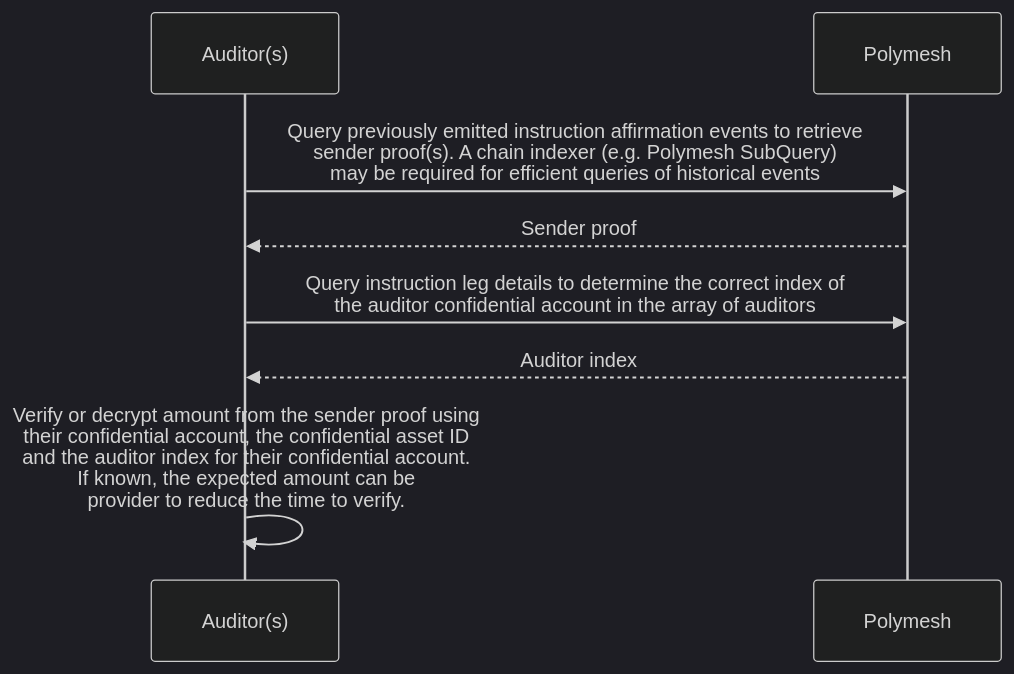
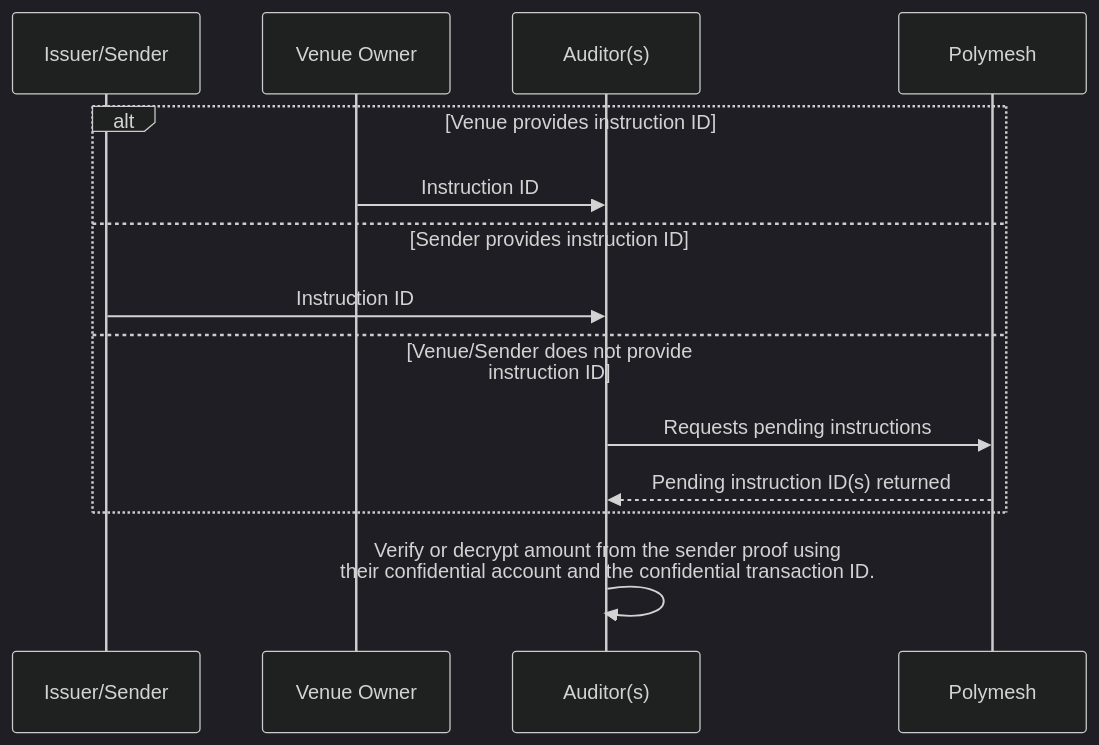
The seventh of 9 diagrams in polymesh-docs/polymesh-private/confidential-assets/diagrams.md (PolymeshAssociation/polymesh-documentation-site), drawn with Mermaid (dark theme) before and after one commit. The commit also changed other lines of this file and 1 other file, not shown here.

Commit message:
PPRA v1.0.0-alpha.4 updates

````diff
--- a/polymesh-docs/polymesh-private/confidential-assets/diagrams.md
+++ b/polymesh-docs/polymesh-private/confidential-assets/diagrams.md
@@ -201,11 +196,17 @@
 ```mermaid
 sequenceDiagram
 
+participant I as Issuer/Sender
+participant V as Venue Owner
 participant A as Auditor(s)
 participant P as Polymesh
-  A ->> P: Query previously emitted instruction affirmation events to retrieve<br>sender proof(s). A chain indexer (e.g. Polymesh SubQuery)<br> may be required for efficient queries of historical events
-  P -->> A: Sender proof
-  A ->> P: Query instruction leg details to determine the correct index of<br>the auditor confidential account in the array of auditors
-  P -->> A: Auditor index
-  A ->> A: Verify or decrypt amount from the sender proof using<br>their confidential account, the confidential asset ID<br>and the auditor index for their confidential account.<br>If known, the expected amount can be<br>provider to reduce the time to verify.
+alt Venue provides instruction ID
+  V ->> A: Instruction ID
+else Sender provides instruction ID
+  I ->> A: Instruction ID
+else Venue/Sender does not provide instruction ID
+  A ->>P: Requests pending instructions
+  P -->> A: Pending instruction ID(s) returned
+end
+A ->> A: Verify or decrypt amount from the sender proof using<br>their confidential account and the confidential transaction ID.
 ```
````
